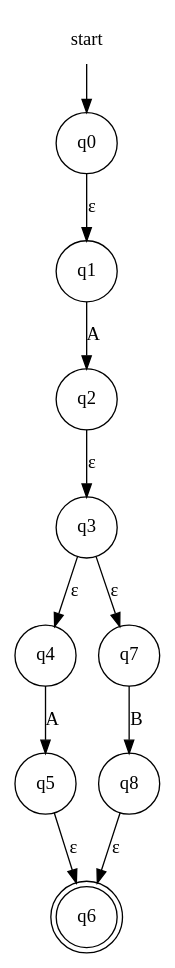
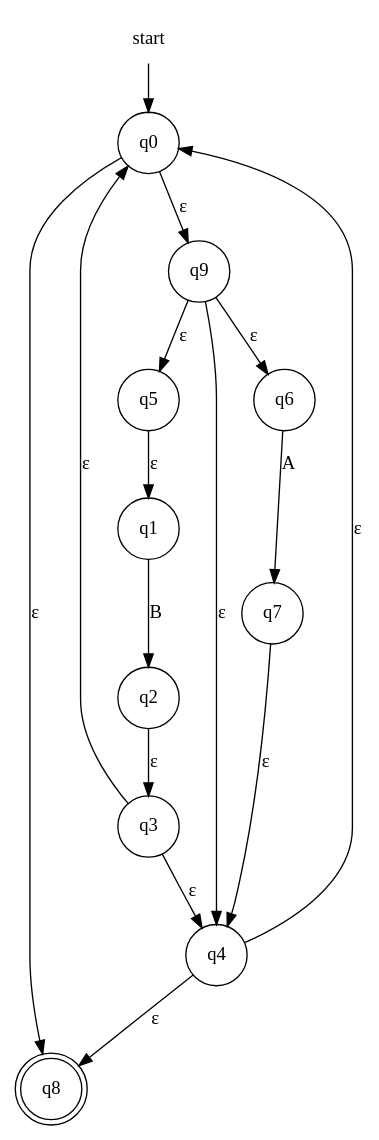
The diagram in fase1/RE-eNFA/regex_4.dot (evertheylen/TA_TO), drawn with Graphviz before and after one commit. The commit also changed 22 other files, not shown here.

Commit message:
Regex naar eNFA is nu product quality code, met comments, er is wel 1 conventie voor de input regex nl ==> concateneren moet gebeuren aan de hand van een . git add -A

```diff
--- a/fase1/RE-eNFA/regex_4.dot
+++ b/fase1/RE-eNFA/regex_4.dot
@@ -1,15 +1,20 @@
 digraph automaton {
     node [shape=none]; start;
-    node [shape=doublecircle]; "q6";
+    node [shape=doublecircle]; "q8";
     node [shape=circle];
     start -> "q0";
-    "q0" -> "q1" [label="&epsilon;"];
-    "q1" -> "q2" [label="A"];
+    "q0" -> "q8" [label="&epsilon;"];
+    "q0" -> "q9" [label="&epsilon;"];
+    "q1" -> "q2" [label="B"];
     "q2" -> "q3" [label="&epsilon;"];
+    "q3" -> "q0" [label="&epsilon;"];
     "q3" -> "q4" [label="&epsilon;"];
-    "q3" -> "q7" [label="&epsilon;"];
-    "q4" -> "q5" [label="A"];
-    "q5" -> "q6" [label="&epsilon;"];
-    "q7" -> "q8" [label="B"];
-    "q8" -> "q6" [label="&epsilon;"];
+    "q4" -> "q0" [label="&epsilon;"];
+    "q4" -> "q8" [label="&epsilon;"];
+    "q5" -> "q1" [label="&epsilon;"];
+    "q6" -> "q7" [label="A"];
+    "q7" -> "q4" [label="&epsilon;"];
+    "q9" -> "q4" [label="&epsilon;"];
+    "q9" -> "q5" [label="&epsilon;"];
+    "q9" -> "q6" [label="&epsilon;"];
 }
```
